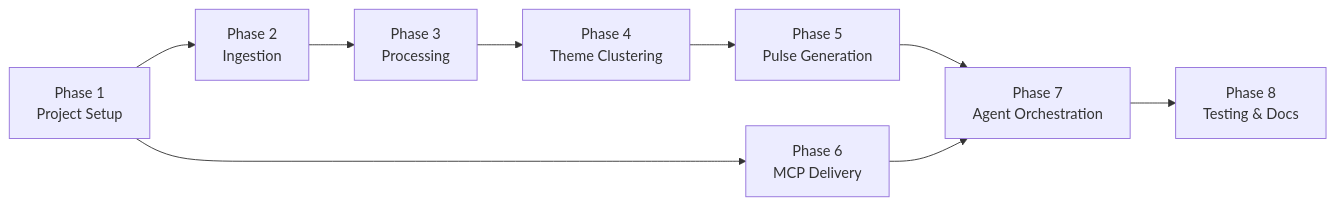
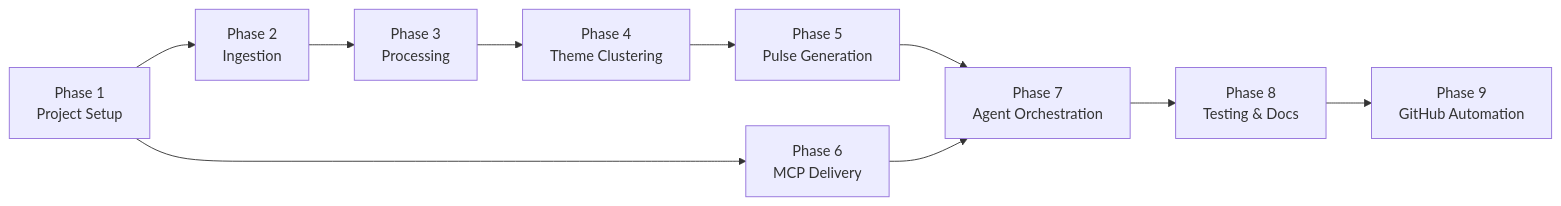
One commit to vishalpurswaniiift1719-png/AI-reviews-summarizer changed the second of 2 diagrams in implementation-plan.md. Above: the diagram before and after it, drawn with Mermaid. The commit also changed other lines of this file and 20 other files, not shown here.

Commit message:
feat: complete Phase 6-9 (MCP delivery, ReAct agent, GitHub scheduler)

````diff
--- a/implementation-plan.md
+++ b/implementation-plan.md
@@ -587,11 +607,12 @@
 ```mermaid
 graph LR
     P1["Phase 1<br/>Project Setup"] --> P2["Phase 2<br/>Ingestion"]
     P2 --> P3["Phase 3<br/>Processing"]
     P3 --> P4["Phase 4<br/>Theme Clustering"]
     P4 --> P5["Phase 5<br/>Pulse Generation"]
     P1 --> P6["Phase 6<br/>MCP Delivery"]
     P5 --> P7["Phase 7<br/>Agent Orchestration"]
     P6 --> P7
     P7 --> P8["Phase 8<br/>Testing & Docs"]
+    P8 --> P9["Phase 9<br/>GitHub Automation"]
 ```
````
